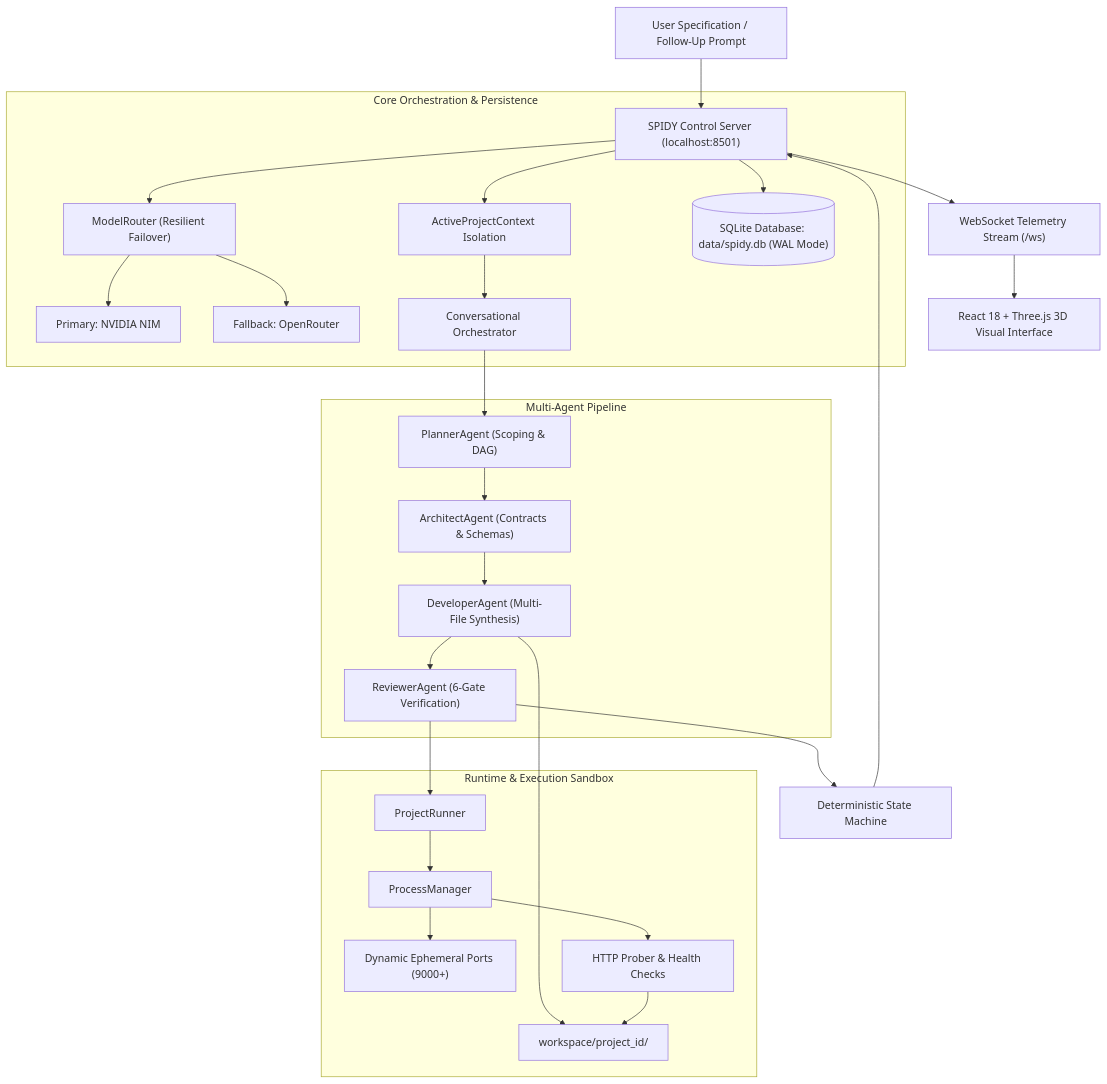
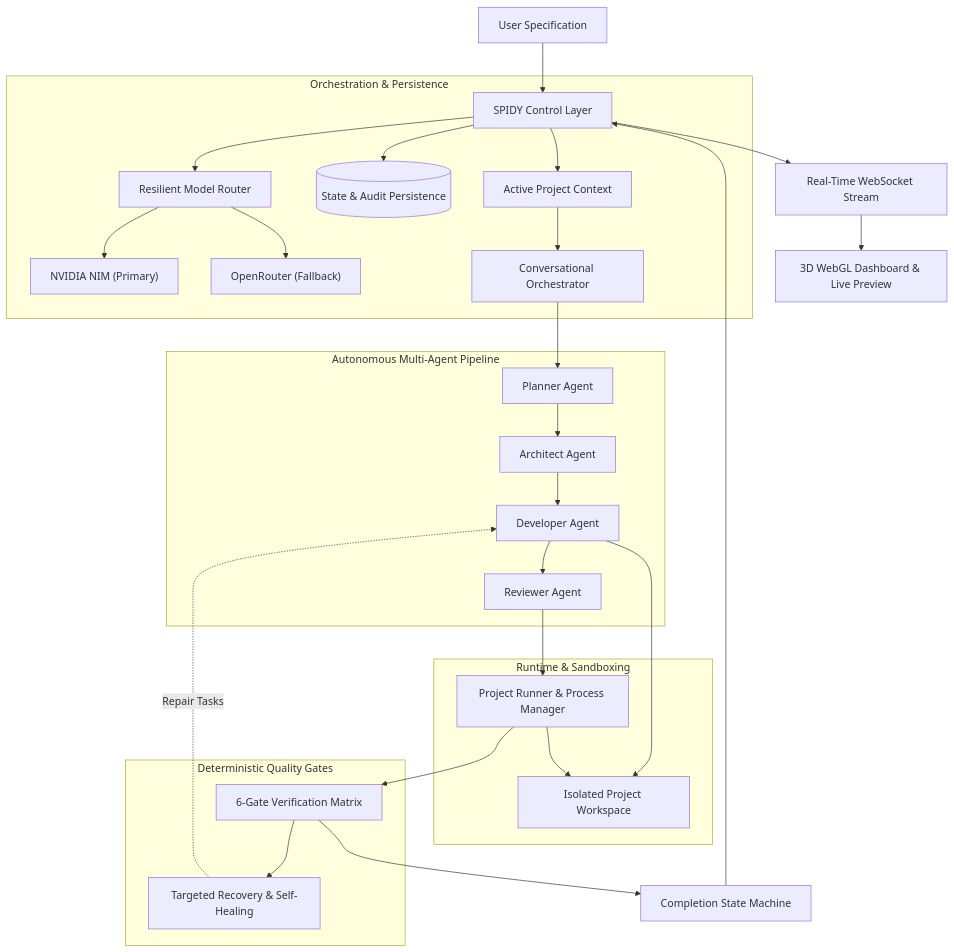
Before and after one commit to Charan877/Spidy: the diagram in README.md, drawn with Mermaid. The commit also changed other lines of this file and 1 other file, not shown here.

Commit message:
docs: polish GitHub presentation and project documentation

````diff
--- a/README.md
+++ b/README.md
@@ -109,34 +123,37 @@
 ```mermaid
 flowchart TD
-    User["User Specification / Follow-Up Prompt"] --> Server["SPIDY Control Server (localhost:8501)"]
+    User["User Specification"] --> Server["SPIDY Control Layer"]
 
-    subgraph BackendCore ["Core Orchestration & Persistence"]
-        Server --> ActiveCtx["ActiveProjectContext Isolation"]
-        Server --> Router["ModelRouter (Resilient Failover)"]
-        Router --> NIM["Primary: NVIDIA NIM"]
-        Router --> OR["Fallback: OpenRouter"]
-        Server --> DB[("SQLite Database: data/spidy.db (WAL Mode)")]
+    subgraph Core ["Orchestration & Persistence"]
+        Server --> ActiveCtx["Active Project Context"]
+        Server --> DB[("State & Audit Persistence")]
+        Server --> Router["Resilient Model Router"]
+        Router --> NIM["NVIDIA NIM (Primary)"]
+        Router --> OR["OpenRouter (Fallback)"]
         ActiveCtx --> Orch["Conversational Orchestrator"]
     end
 
-    subgraph MultiAgentPipeline ["Multi-Agent Pipeline"]
-        Orch --> Planner["PlannerAgent (Scoping & DAG)"]
-        Planner --> Architect["ArchitectAgent (Contracts & Schemas)"]
-        Architect --> Developer["DeveloperAgent (Multi-File Synthesis)"]
-        Developer --> Reviewer["ReviewerAgent (6-Gate Verification)"]
+    subgraph Pipeline ["Autonomous Multi-Agent Pipeline"]
+        Orch --> Planner["Planner Agent"]
+        Planner --> Architect["Architect Agent"]
+        Architect --> Developer["Developer Agent"]
+        Developer --> Reviewer["Reviewer Agent"]
     end
 
-    subgraph RuntimeSandbox ["Runtime & Execution Sandbox"]
-        Developer --> WS["workspace/project_id/"]
-        Reviewer --> Runner["ProjectRunner"]
-        Runner --> ProcMgr["ProcessManager"]
-        ProcMgr --> Ports["Dynamic Ephemeral Ports (9000+)"]
-        ProcMgr --> Probe["HTTP Prober & Health Checks"]
-        Probe --> WS
+    subgraph Execution ["Runtime & Sandboxing"]
+        Developer --> Sandbox["Isolated Project Workspace"]
+        Reviewer --> Runner["Project Runner & Process Manager"]
+        Runner --> Sandbox
     end
 
-    Reviewer --> StateMachine["Deterministic State Machine"]
+    subgraph Validation ["Deterministic Quality Gates"]
+        Runner --> Verify["6-Gate Verification Matrix"]
+        Verify --> Recovery["Targeted Recovery & Self-Healing"]
+        Recovery -.->|"Repair Tasks"| Developer
+    end
+
+    Verify --> StateMachine["Completion State Machine"]
     StateMachine --> Server
-    Server --> WSFeed["WebSocket Telemetry Stream (/ws)"]
-    WSFeed --> UI["React 18 + Three.js 3D Visual Interface"]
+    Server --> WebSockets["Real-Time WebSocket Stream"]
+    WebSockets --> UI["3D WebGL Dashboard & Live Preview"]
 ```
````
